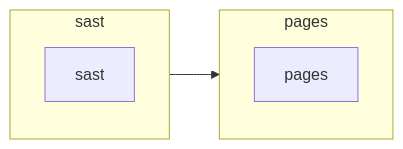
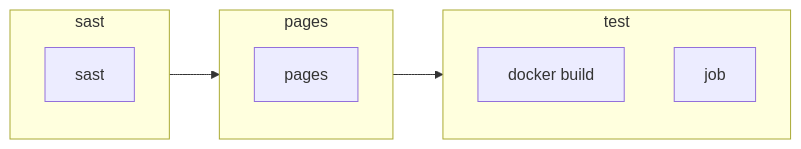
The diagram in exemples/6.md (Pixselve/gitlab-pipeline-to-md), drawn with Mermaid before and after one commit. The commit also changed other lines of this file and 22 other files, not shown here.

````diff
--- a/exemples/6.md
+++ b/exemples/6.md
@@ -2,11 +18,16 @@
 ```mermaid
 flowchart LR
 subgraph sast_STAGE[sast]
-sast
+sast[sast]
 end
 subgraph pages_STAGE[pages]
-pages
+pages[pages]
+end
+subgraph test_STAGE[test]
+docker_build[docker build]
+job[job]
 end
 sast_STAGE --> pages_STAGE
+pages_STAGE --> test_STAGE
 
 ```
````
